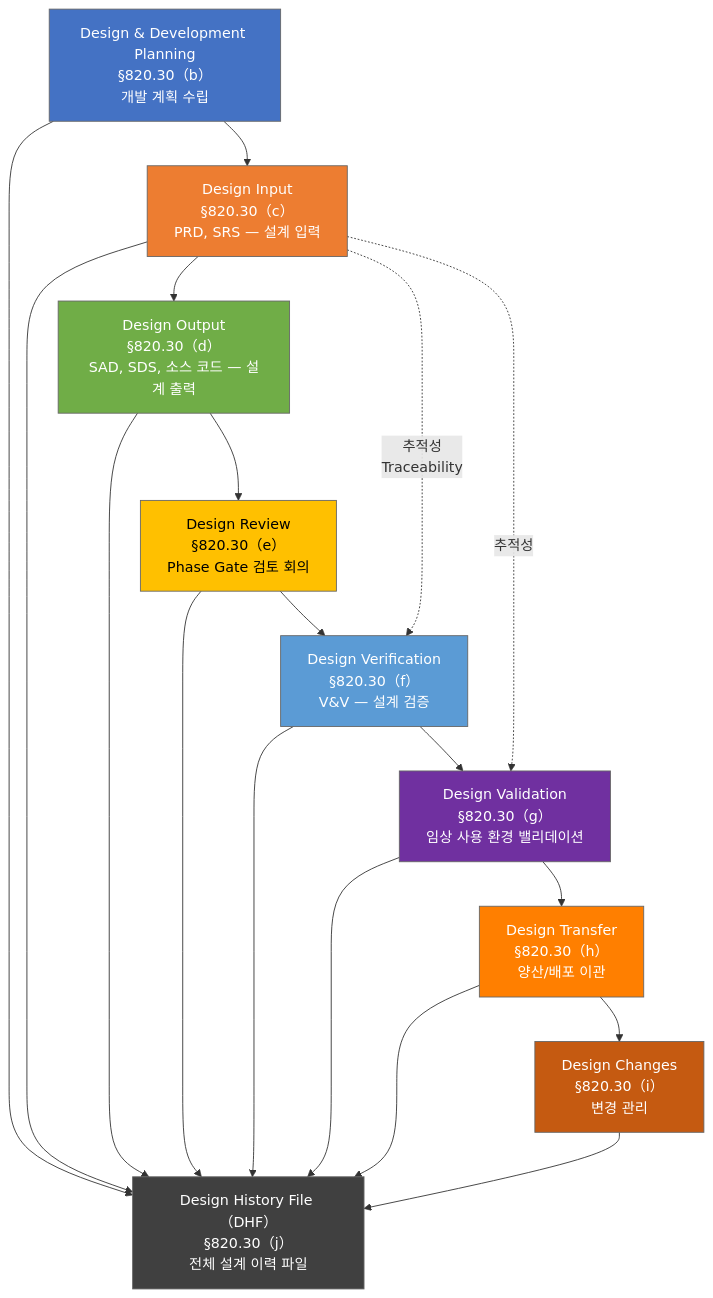
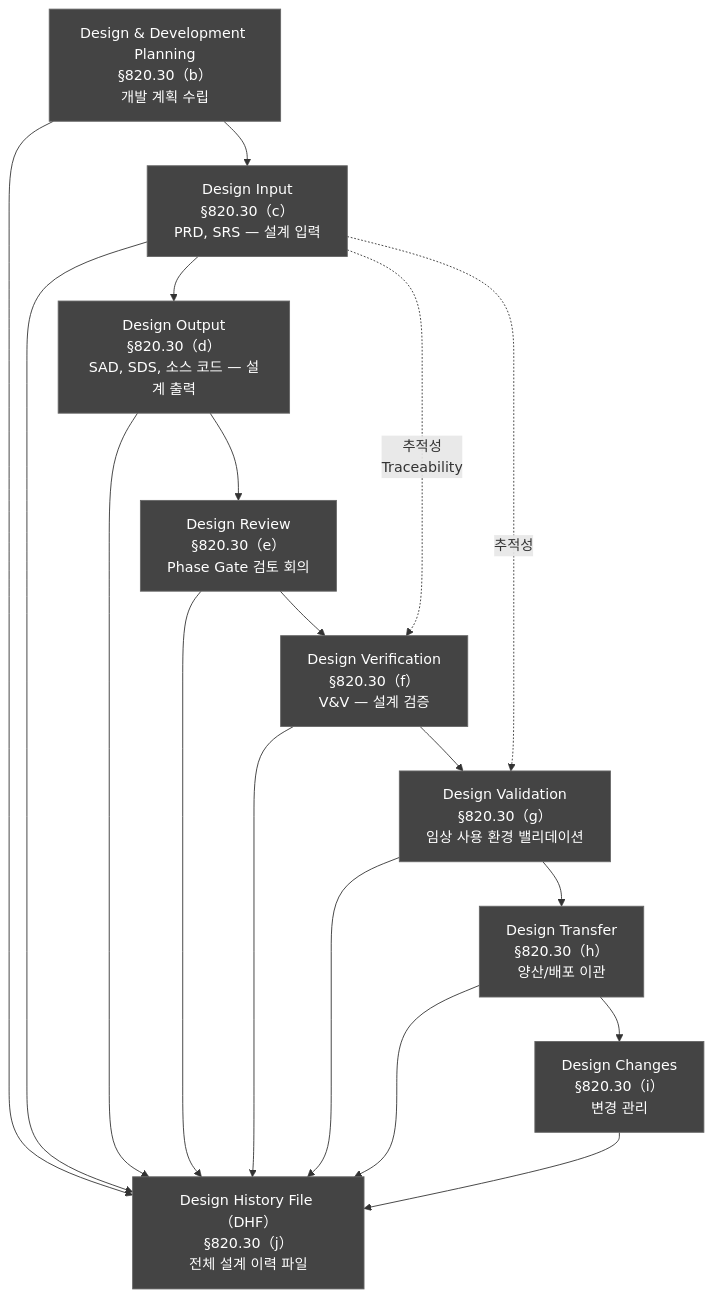
Before and after one commit to holee9/console-gui: the sixth of 13 diagrams in docs/management/DOC-003_SW_Development_Guideline_v1.0.md, drawn with Mermaid. The commit also changed other lines of this file and 35 other files, not shown here.

First line of the commit message:
fix: 전체 Mermaid 차트 색상 진한 회색 통일

````diff
--- a/docs/management/DOC-003_SW_Development_Guideline_v1.0.md
+++ b/docs/management/DOC-003_SW_Development_Guideline_v1.0.md
@@ -489,29 +489,29 @@
 ```mermaid
 flowchart TD
     classDef default fill:#444,stroke:#666,color:#fff
     A["Design & Development Planning<br/>§820.30（b）<br/>개발 계획 수립"] --> B
     B["Design Input<br/>§820.30（c）<br/>PRD, SRS — 설계 입력"] --> C
     C["Design Output<br/>§820.30（d）<br/>SAD, SDS, 소스 코드 — 설계 출력"] --> D
     D["Design Review<br/>§820.30（e）<br/>Phase Gate 검토 회의"] --> E
     E["Design Verification<br/>§820.30（f）<br/>V&V — 설계 검증"] --> F
     F["Design Validation<br/>§820.30（g）<br/>임상 사용 환경 밸리데이션"] --> G
     G["Design Transfer<br/>§820.30（h）<br/>양산/배포 이관"] --> H
     H["Design Changes<br/>§820.30（i）<br/>변경 관리"]
 
     B -.->|"추적성<br/>Traceability"| E
     B -.->|"추적성"| F
 
     I["Design History File （DHF）<br/>§820.30（j）<br/>전체 설계 이력 파일"] 
     
     A & B & C & D & E & F & G & H --> I
 
-    style A fill:#4472C4,color:#fff
-    style B fill:#ED7D31,color:#fff
-    style C fill:#70AD47,color:#fff
-    style D fill:#FFC000,color:#000
-    style E fill:#5B9BD5,color:#fff
-    style F fill:#7030A0,color:#fff
-    style G fill:#FF7F00,color:#fff
-    style H fill:#C55A11,color:#fff
-    style I fill:#404040,color:#fff
+    style A fill:#444,color:#fff
+    style B fill:#444,color:#fff
+    style C fill:#444,color:#fff
+    style D fill:#444,color:#fff
+    style E fill:#444,color:#fff
+    style F fill:#444,color:#fff
+    style G fill:#444,color:#fff
+    style H fill:#444,color:#fff
+    style I fill:#444,color:#fff
 ```
````
